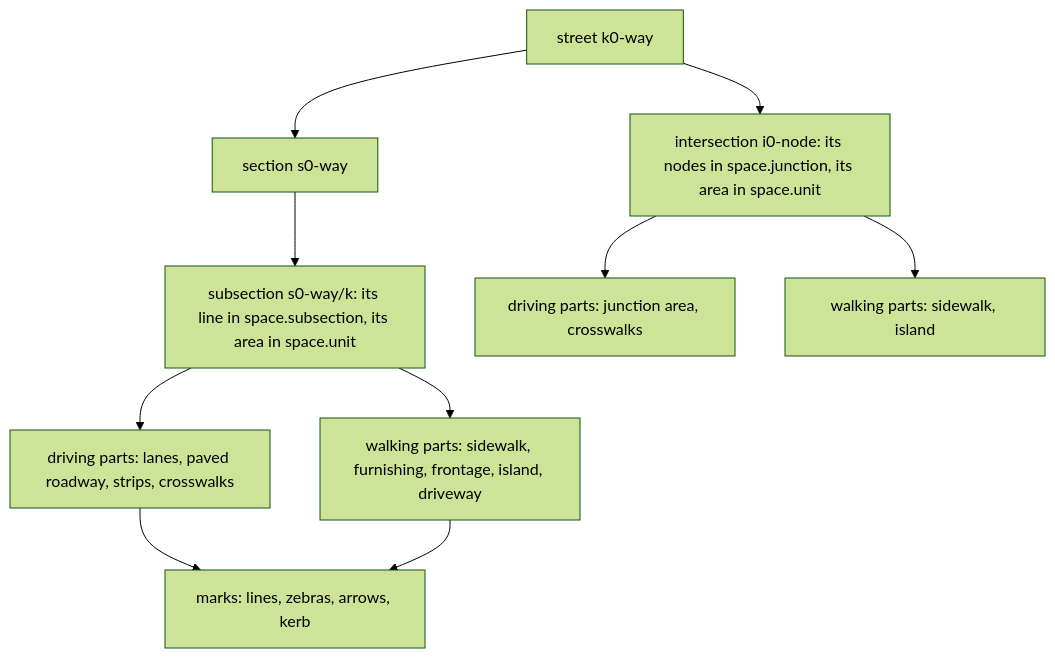
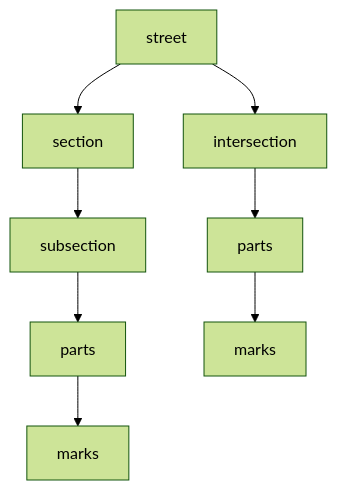
Before and after one commit to Khoshkhah/urbanstyle: the first of 3 diagrams in docs/design/steps.md, drawn with Mermaid (forest theme). The commit also changed other lines of this file, not shown here.

````diff
--- a/docs/design/steps.md
+++ b/docs/design/steps.md
@@ -18,12 +17,10 @@
 ```mermaid
 flowchart TD
-    ST[street k0-way] --> SE[section s0-way]
-    SE --> SU[subsection s0-way/k: its line in space.subsection, its area in space.unit]
-    ST --> IN[intersection i0-node: its nodes in space.junction, its area in space.unit]
-    SU --> PD[driving parts: lanes, paved roadway, strips, crosswalks]
-    SU --> PW[walking parts: sidewalk, furnishing, frontage, island, driveway]
-    IN --> PJ[driving parts: junction area, crosswalks]
-    IN --> PW2[walking parts: sidewalk, island]
-    PD --> MK[marks: lines, zebras, arrows, kerb]
-    PW --> MK
+    ST[street] --> SE[section]
+    SE --> SU[subsection]
+    ST --> IN[intersection]
+    SU --> P1[parts]
+    IN --> P2[parts]
+    P1 --> M1[marks]
+    P2 --> M2[marks]
 ```
````
